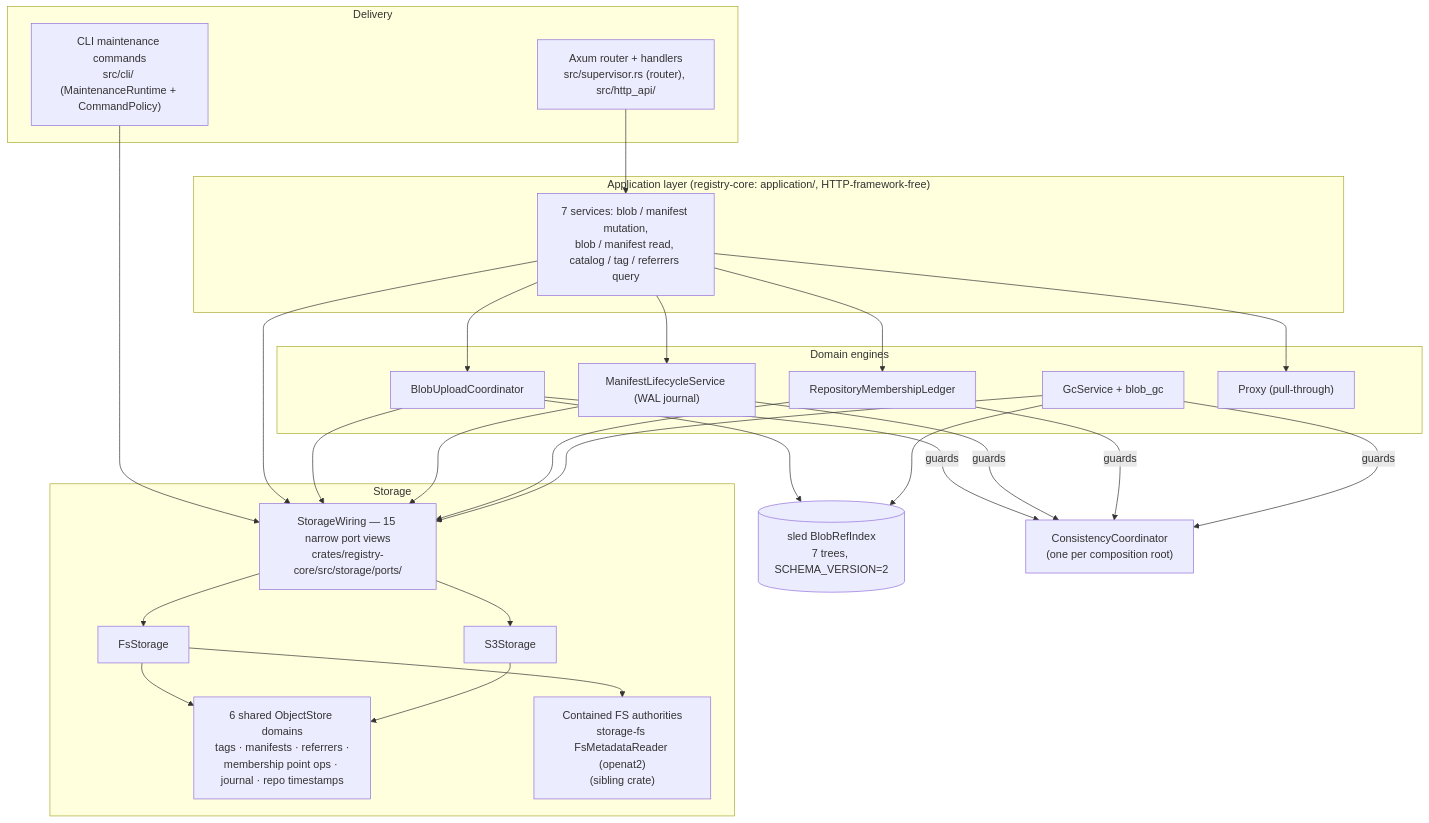
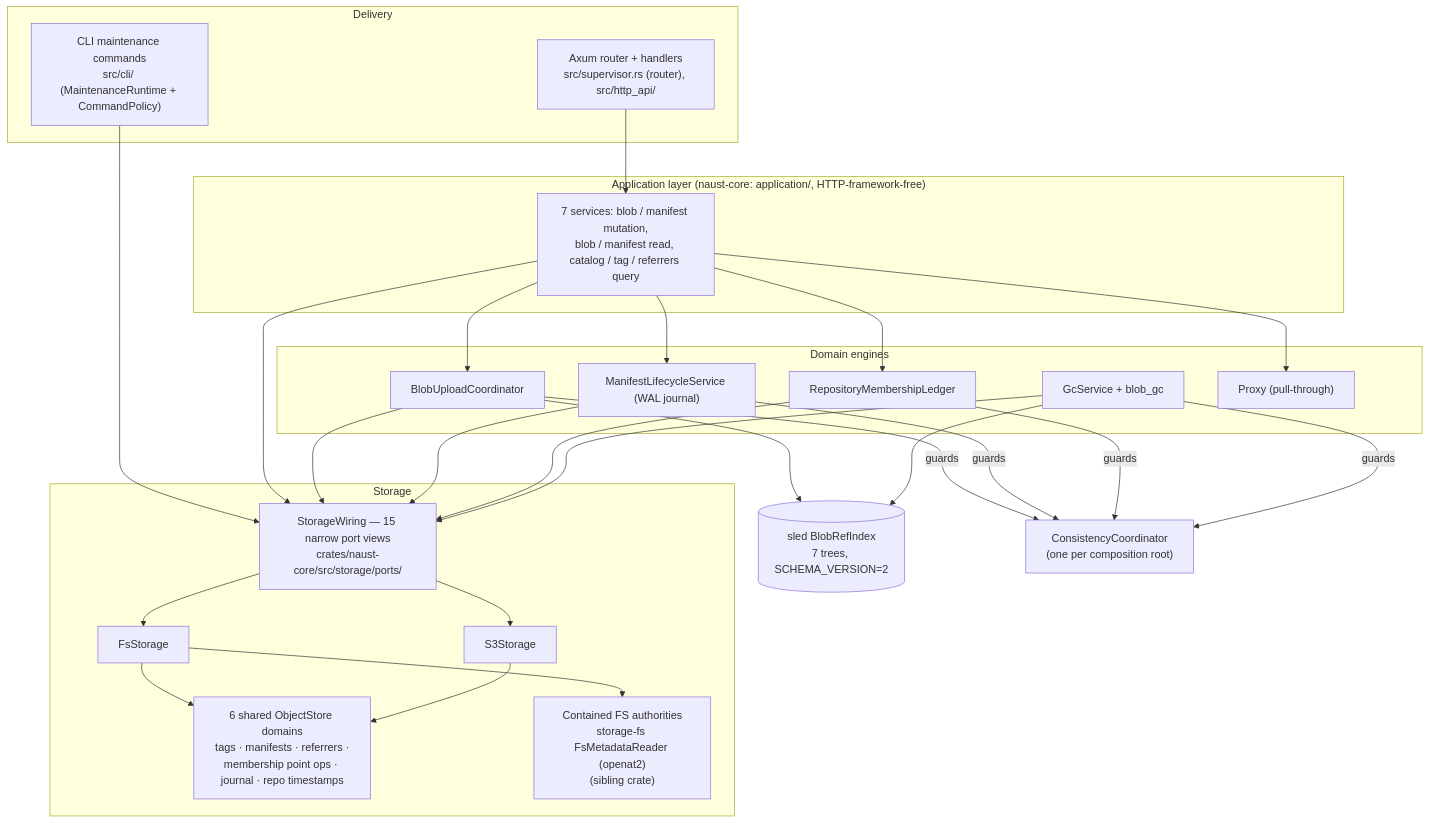
One commit to DirkTheDaring/naust changed the first of 2 diagrams in docs/architecture/README.md. Above: the diagram before and after it, drawn with Mermaid. The commit also changed other lines of this file and 212 other files, not shown here.

````diff
--- a/docs/architecture/README.md
+++ b/docs/architecture/README.md
@@ -17,38 +17,38 @@
 ```mermaid
 graph TD
     subgraph Delivery
         HTTP["Axum router + handlers<br/>src/supervisor.rs (router), src/http_api/"]
         CLI["CLI maintenance commands<br/>src/cli/ (MaintenanceRuntime + CommandPolicy)"]
     end
-    subgraph Application["Application layer (registry-core: application/, HTTP-framework-free)"]
+    subgraph Application["Application layer (naust-core: application/, HTTP-framework-free)"]
         SVC["7 services: blob / manifest mutation,<br/>blob / manifest read, catalog / tag / referrers query"]
     end
     subgraph Engines["Domain engines"]
         UC["BlobUploadCoordinator"]
         ML["ManifestLifecycleService (WAL journal)"]
         LED["RepositoryMembershipLedger"]
         GC["GcService + blob_gc"]
         PX["Proxy (pull-through)"]
     end
     subgraph Storage
-        W["StorageWiring — 15 narrow port views<br/>crates/registry-core/src/storage/ports/"]
+        W["StorageWiring — 15 narrow port views<br/>crates/naust-core/src/storage/ports/"]
         FS["FsStorage"]
         S3["S3Storage"]
         DOM["6 shared ObjectStore domains<br/>tags · manifests · referrers ·<br/>membership point ops · journal · repo timestamps"]
         CONT["Contained FS authorities<br/>storage-fs FsMetadataReader (openat2)<br/>(sibling crate)"]
     end
     IDX[("sled BlobRefIndex<br/>7 trees, SCHEMA_VERSION=2")]
     CC["ConsistencyCoordinator<br/>(one per composition root)"]
 
     HTTP --> SVC
     CLI --> W
     SVC --> UC & ML & LED & PX
     SVC --> W
     UC & ML & LED & GC --> W
     UC & GC --> IDX
     UC & ML & LED & GC -->|guards| CC
     W --> FS & S3
     FS --> CONT
     FS --> DOM
     S3 --> DOM
 ```
````
